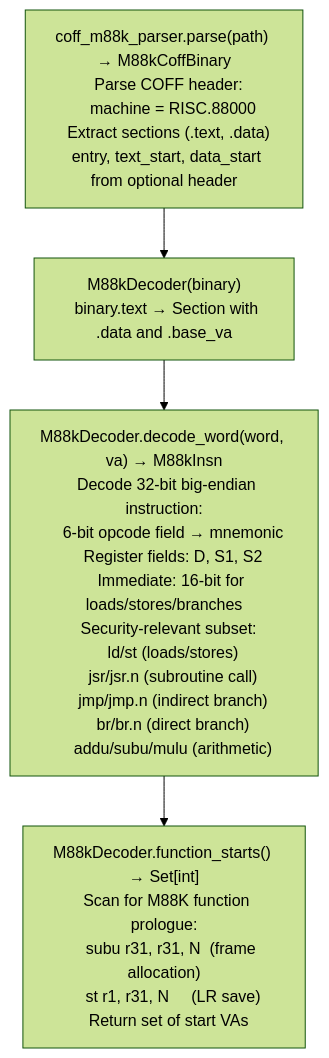
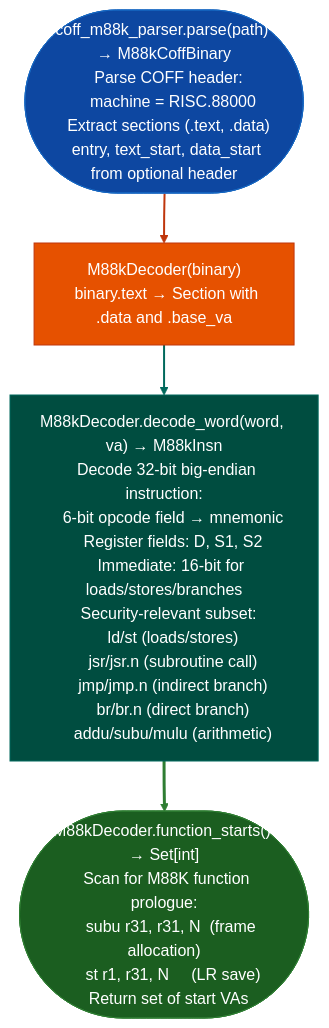
One commit to Ablation-Tool/ablation changed the diagram in docs/reference-modules/motorola-88000-bcs-coff.md. Above: the diagram before and after it, drawn with Mermaid (forest theme). The commit also changed 320 other files, not shown here.

First line of the commit message:
docs: apply canonical Mermaid template to all 321 diagrams

````diff
--- a/docs/reference-modules/motorola-88000-bcs-coff.md
+++ b/docs/reference-modules/motorola-88000-bcs-coff.md
@@ -19,6 +19,15 @@
 ```mermaid
 flowchart TD
-    A["coff_m88k_parser.parse(path) → M88kCoffBinary\n  Parse COFF header:\n    machine = RISC.88000\n  Extract sections (.text, .data)\n  entry, text_start, data_start from optional header"] --> B["M88kDecoder(binary)\n  binary.text → Section with .data and .base_va"]
-    B --> C["M88kDecoder.decode_word(word, va) → M88kInsn\n  Decode 32-bit big-endian instruction:\n    6-bit opcode field → mnemonic\n    Register fields: D, S1, S2\n    Immediate: 16-bit for loads/stores/branches\n  Security-relevant subset:\n    ld/st (loads/stores)\n    jsr/jsr.n (subroutine call)\n    jmp/jmp.n (indirect branch)\n    br/br.n (direct branch)\n    addu/subu/mulu (arithmetic)"]
-    C --> D["M88kDecoder.function_starts() → Set[int]\n  Scan for M88K function prologue:\n    subu r31, r31, N  (frame allocation)\n    st r1, r31, N     (LR save)\n  Return set of start VAs"]
+    A(["coff_m88k_parser.parse(path) → M88kCoffBinary\n  Parse COFF header:\n    machine = RISC.88000\n  Extract sections (.text, .data)\n  entry, text_start, data_start from optional header"]):::input --> B["M88kDecoder(binary)\n  binary.text → Section with .data and .base_va"]:::primary
+    B:::primary --> C["M88kDecoder.decode_word(word, va) → M88kInsn\n  Decode 32-bit big-endian instruction:\n    6-bit opcode field → mnemonic\n    Register fields: D, S1, S2\n    Immediate: 16-bit for loads/stores/branches\n  Security-relevant subset:\n    ld/st (loads/stores)\n    jsr/jsr.n (subroutine call)\n    jmp/jmp.n (indirect branch)\n    br/br.n (direct branch)\n    addu/subu/mulu (arithmetic)"]:::secondary
+    C:::secondary --> D(["M88kDecoder.function_starts() → Set[int]\n  Scan for M88K function prologue:\n    subu r31, r31, N  (frame allocation)\n    st r1, r31, N     (LR save)\n  Return set of start VAs"]):::output
+    classDef input     fill:#0d47a1,stroke:#1565c0,color:#fff
+    classDef primary   fill:#e65100,stroke:#bf360c,color:#fff
+    classDef secondary fill:#004d40,stroke:#00695c,color:#fff
+    classDef tertiary  fill:#4a148c,stroke:#6a1b9a,color:#fff
+    classDef neutral   fill:#37474f,stroke:#546e7a,color:#fff
+    classDef output    fill:#1b5e20,stroke:#2e7d32,color:#fff
+    linkStyle 0 stroke:#bf360c,stroke-width:2px
+    linkStyle 1 stroke:#00695c,stroke-width:2px
+    linkStyle 2 stroke:#2e7d32,stroke-width:3px
 ```
````
